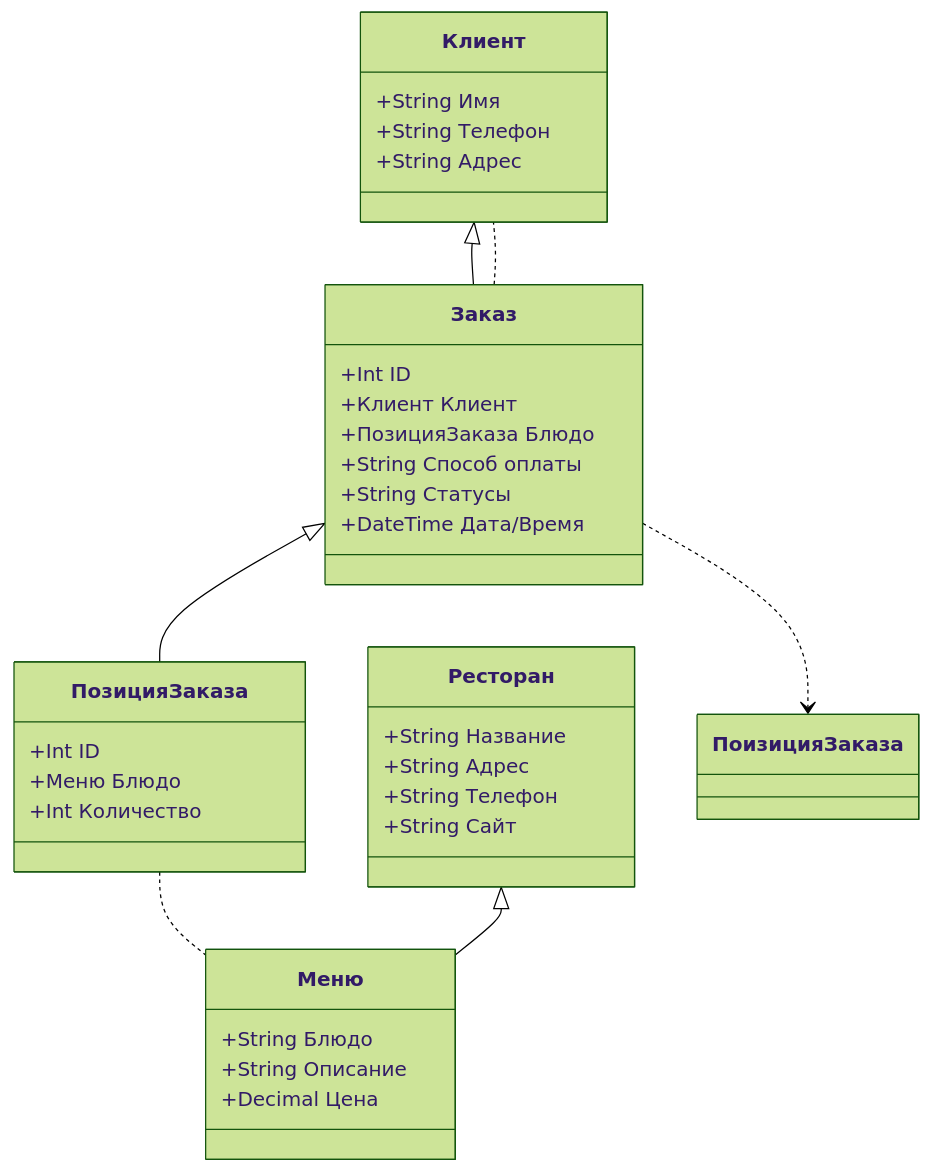
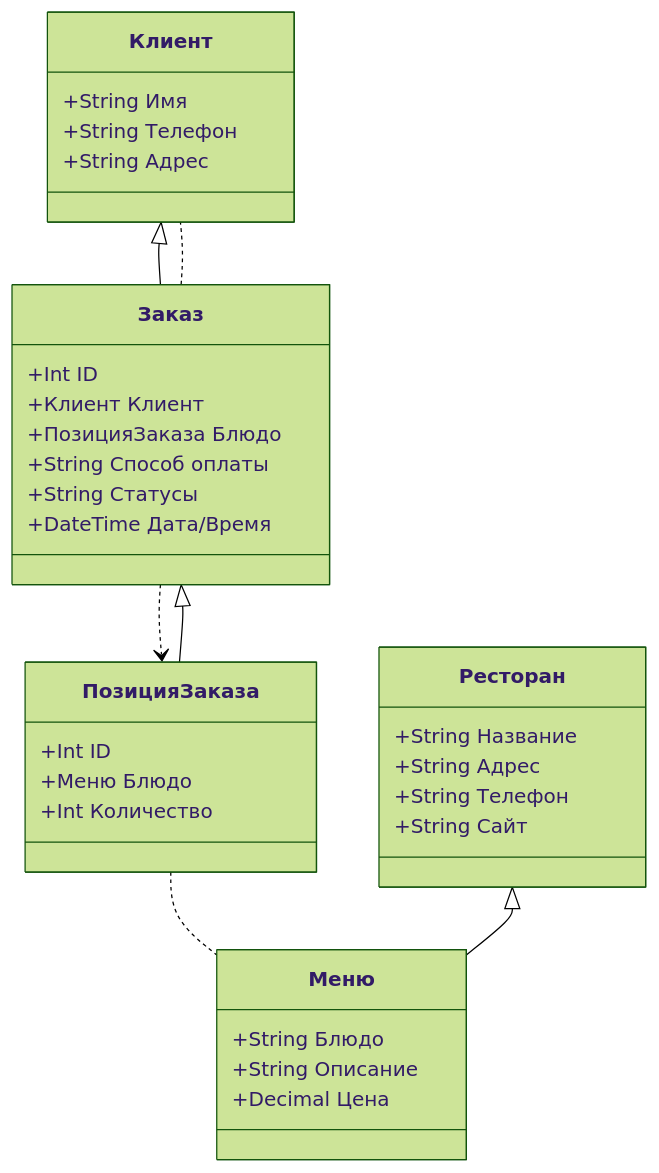
Before and after one commit to SinedVesug/GitUML: the diagram in README.md, drawn with Mermaid (forest theme).

````diff
--- a/README.md
+++ b/README.md
@@ -3,38 +3,38 @@
 ```mermaid
 classDiagram
 class Ресторан{
  +String Название
  +String Адрес
  +String Телефон
  +String Сайт
 }
 class Меню{
  +String Блюдо
  +String Описание
  +Decimal Цена
 }
 class Клиент{
  +String Имя
  +String Телефон
  +String Адрес
 }
 class Заказ{
  +Int ID
  +Клиент Клиент
  +ПозицияЗаказа Блюдо
  +String Способ оплаты
  +String Статусы
  +DateTime Дата/Время
 }
 class ПозицияЗаказа{
  +Int ID
  +Меню Блюдо 
  +Int Количество
 }
 ПозицияЗаказа .. Меню
 Заказ .. Клиент
-Заказ ..> ПоизицияЗаказа
+Заказ ..> ПозицияЗаказа
 Ресторан <|-- Меню
 Клиент <|-- Заказ
 Заказ <|-- ПозицияЗаказа
 ```
````
